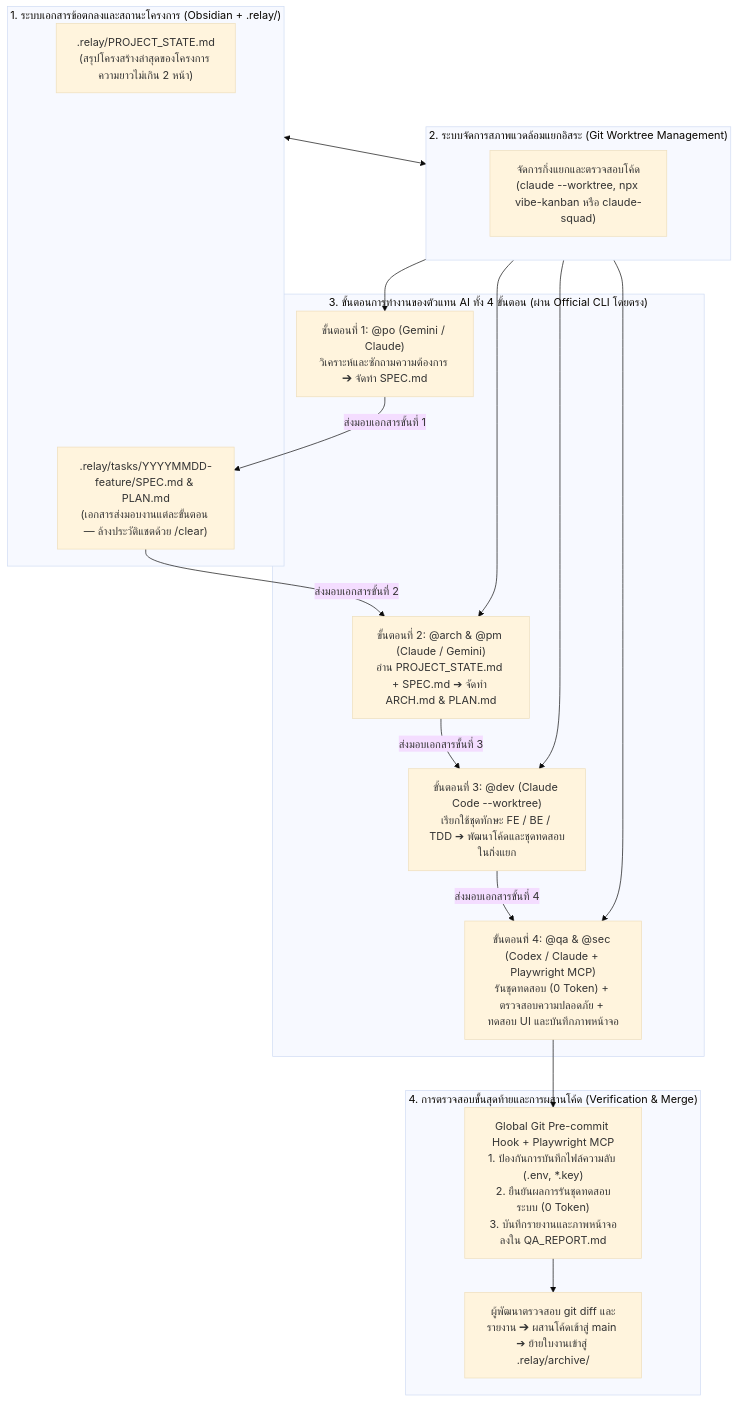
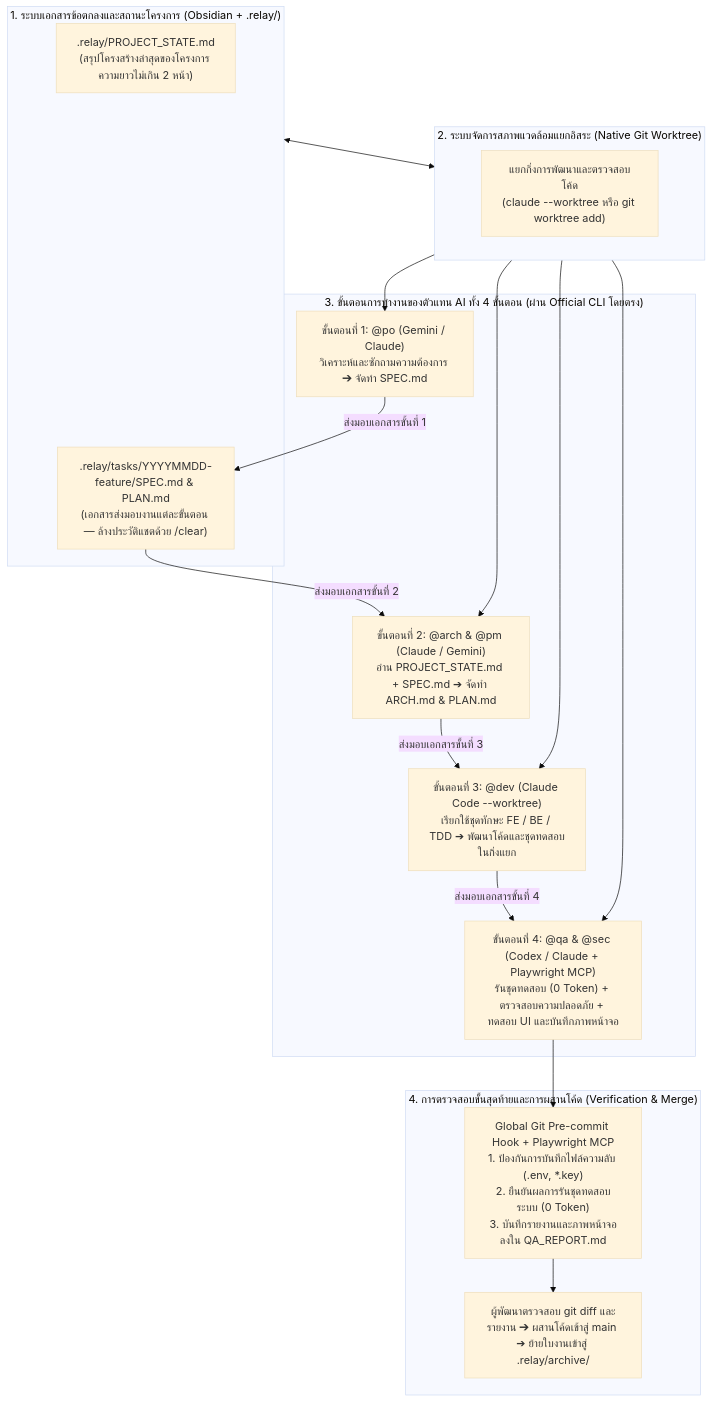
One commit to bosocmputer/RELAY changed the diagram in README.md. Above: the diagram before and after it, drawn with Mermaid (base theme). The commit also changed other lines of this file and 2 other files, not shown here.

Commit message:
docs: remove vibe-kanban and claude-squad references in favor of native Git Worktree

````diff
--- a/README.md
+++ b/README.md
@@ -31,31 +31,31 @@
 ```mermaid
 flowchart TD
     subgraph P1 ["1. ระบบเอกสารข้อตกลงและสถานะโครงการ (Obsidian + .relay/)"]
         STATE[".relay/PROJECT_STATE.md<br/>(สรุปโครงสร้างล่าสุดของโครงการ ความยาวไม่เกิน 2 หน้า)"]
         SPEC[".relay/tasks/YYYYMMDD-feature/SPEC.md & PLAN.md<br/>(เอกสารส่งมอบงานแต่ละขั้นตอน — ล้างประวัติแชตด้วย /clear)"]
     end
 
-    subgraph P2 ["2. ระบบจัดการสภาพแวดล้อมแยกอิสระ (Git Worktree Management)"]
-        UI["จัดการกิ่งแยกและตรวจสอบโค้ด<br/>(claude --worktree, npx vibe-kanban หรือ claude-squad)"]
+    subgraph P2 ["2. ระบบจัดการสภาพแวดล้อมแยกอิสระ (Native Git Worktree)"]
+        UI["แยกกิ่งการพัฒนาและตรวจสอบโค้ด<br/>(claude --worktree หรือ git worktree add)"]
     end
 
     subgraph P3 ["3. ขั้นตอนการทำงานของตัวแทน AI ทั้ง 4 ขั้นตอน (ผ่าน Official CLI โดยตรง)"]
         C1["ขั้นตอนที่ 1: @po (Gemini / Claude)<br/>วิเคราะห์และซักถามความต้องการ ➔ จัดทำ SPEC.md"]
         C2["ขั้นตอนที่ 2: @arch & @pm (Claude / Gemini)<br/>อ่าน PROJECT_STATE.md + SPEC.md ➔ จัดทำ ARCH.md & PLAN.md"]
         C3["ขั้นตอนที่ 3: @dev (Claude Code --worktree)<br/>เรียกใช้ชุดทักษะ FE / BE / TDD ➔ พัฒนาโค้ดและชุดทดสอบในกิ่งแยก"]
         C4["ขั้นตอนที่ 4: @qa & @sec (Codex / Claude + Playwright MCP)<br/>รันชุดทดสอบ (0 Token) + ตรวจสอบความปลอดภัย + ทดสอบ UI และบันทึกภาพหน้าจอ"]
     end
 
     subgraph P4 ["4. การตรวจสอบขั้นสุดท้ายและการผสานโค้ด (Verification & Merge)"]
         HOOK["Global Git Pre-commit Hook + Playwright MCP<br/>1. ป้องกันการบันทึกไฟล์ความลับ (.env, *.key)<br/>2. ยืนยันผลการรันชุดทดสอบระบบ (0 Token)<br/>3. บันทึกรายงานและภาพหน้าจอลงใน QA_REPORT.md"]
         MERGE["ผู้พัฒนาตรวจสอบ git diff และรายงาน ➔ ผสานโค้ดเข้าสู่ main ➔ ย้ายใบงานเข้าสู่ .relay/archive/"]
     end
 
     P1 <--> P2
     P2 --> C1 & C2 & C3 & C4
     C1 -->|ส่งมอบเอกสารขั้นที่ 1| SPEC
     SPEC -->|ส่งมอบเอกสารขั้นที่ 2| C2
     C2 -->|ส่งมอบเอกสารขั้นที่ 3| C3
     C3 -->|ส่งมอบเอกสารขั้นที่ 4| C4
     C4 --> HOOK --> MERGE
 ```
````
